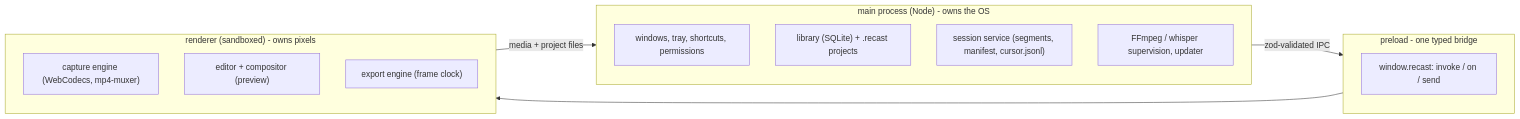
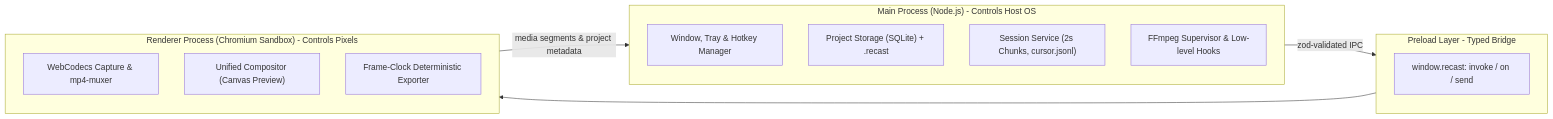
Before and after one commit to SudhirDevOps1/recast: the diagram in README.md, drawn with Mermaid. The commit also changed other lines of this file and 9 other files, not shown here.

````diff
--- a/README.md
+++ b/README.md
@@ -82,19 +111,19 @@
 ```mermaid
 flowchart LR
-  subgraph main["main process (Node) - owns the OS"]
-    M1["windows, tray, shortcuts, permissions"]
-    M2["library (SQLite) + .recast projects"]
-    M3["session service (segments, manifest, cursor.jsonl)"]
-    M4["FFmpeg / whisper supervision, updater"]
+  subgraph main["Main Process (Node.js) - Controls Host OS"]
+    M1["Window, Tray & Hotkey Manager"]
+    M2["Project Storage (SQLite) + .recast"]
+    M3["Session Service (2s Chunks, cursor.jsonl)"]
+    M4["FFmpeg Supervisor & Low-level Hooks"]
   end
-  subgraph preload["preload - one typed bridge"]
+  subgraph preload["Preload Layer - Typed Bridge"]
     P1["window.recast: invoke / on / send"]
   end
-  subgraph renderer["renderer (sandboxed) - owns pixels"]
-    R1["capture engine (WebCodecs, mp4-muxer)"]
-    R2["editor + compositor (preview)"]
-    R3["export engine (frame clock)"]
+  subgraph renderer["Renderer Process (Chromium Sandbox) - Controls Pixels"]
+    R1["WebCodecs Capture & mp4-muxer"]
+    R2["Unified Compositor (Canvas Preview)"]
+    R3["Frame-Clock Deterministic Exporter"]
   end
   main -->|"zod-validated IPC"| preload --> renderer
-  renderer -->|"media + project files"| main
+  renderer -->|"media segments & project metadata"| main
 ```
````
